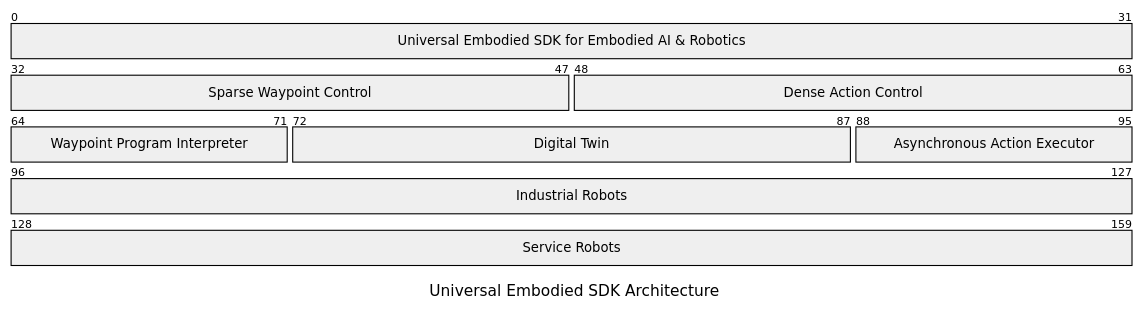
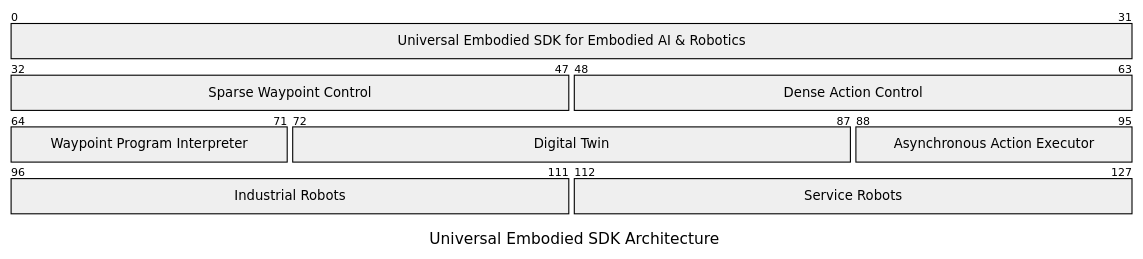
The second of 3 diagrams in profile/README.md (MarkovChenITRI/.github), drawn with Mermaid before and after one commit.

Commit message:
Reorganize Industrial and Service Robots sections

````diff
--- a/profile/README.md
+++ b/profile/README.md
@@ -67,14 +67,14 @@
 ```mermaid
 ---
 title: Universal Embodied SDK Architecture
 ---
 packet
 0-31: "Universal Embodied SDK for Embodied AI & Robotics"
 32-47: "Sparse Waypoint Control"
 48-63: "Dense Action Control"
 64-71: "Waypoint Program Interpreter"
 72-87: "Digital Twin"
 88-95: "Asynchronous Action Executor"
-96-127: "Industrial Robots"
-128-159: "Service Robots"
+96-111: "Industrial Robots"
+112-127: "Service Robots"
 ```
````
